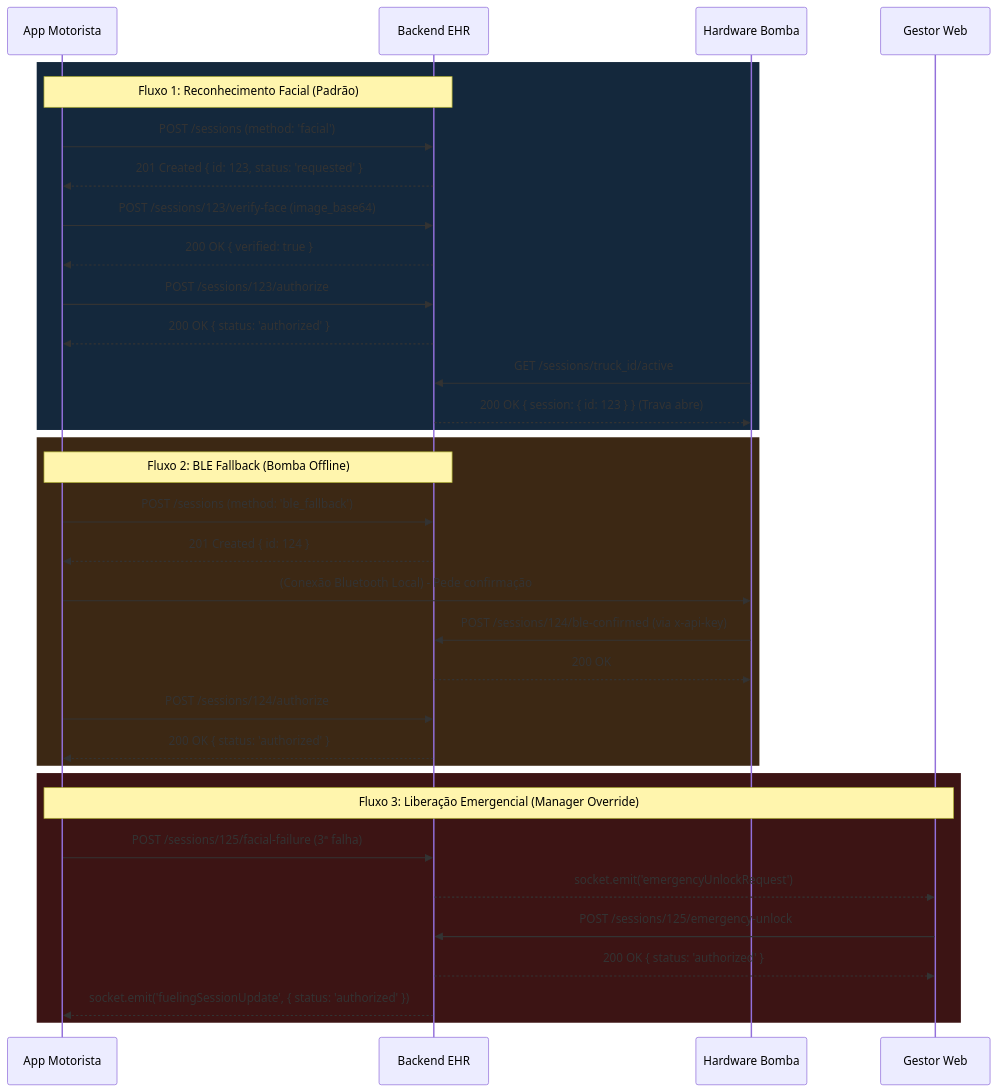
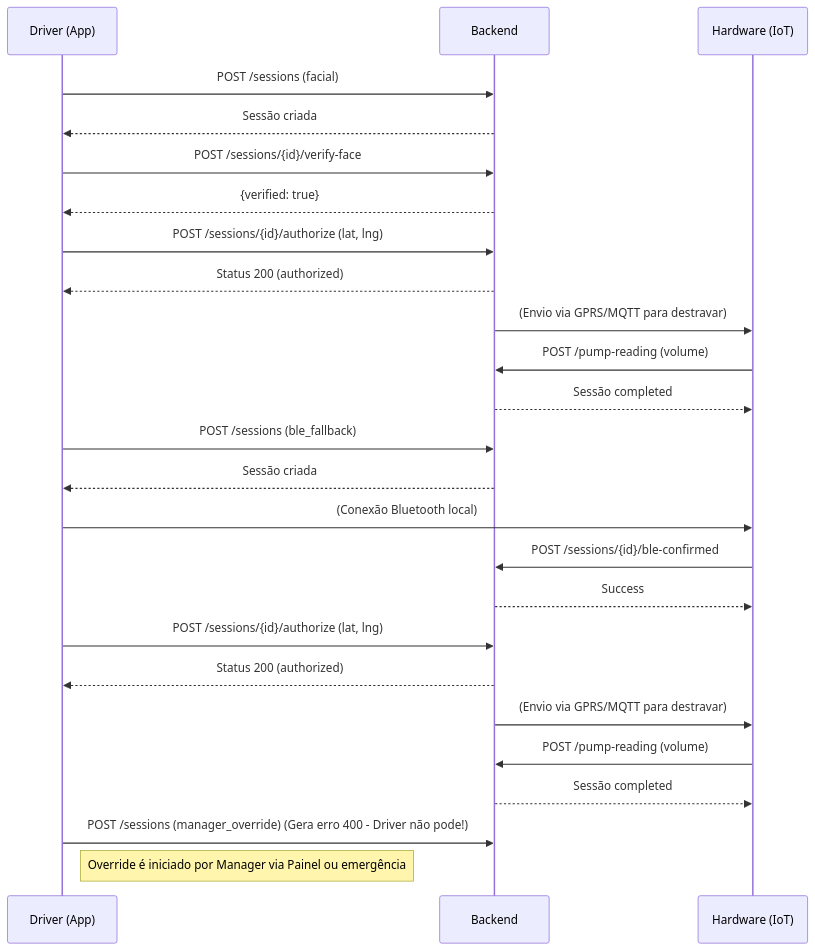
The diagram in docs/API_MOBILE.md (gustavinzx/EHRSolution---WEB), drawn with Mermaid before and after one commit. The commit also changed other lines of this file and 8 other files, not shown here.

Commit message:
fix(web): correções da rodada 3 - api docs, testes, auditor e emails

````diff
--- a/docs/API_MOBILE.md
+++ b/docs/API_MOBILE.md
@@ -31,42 +175,33 @@
 ```mermaid
 sequenceDiagram
-    participant App as App Motorista
-    participant API as Backend EHR
-    participant HW as Hardware Bomba
-    participant Painel as Gestor Web
+    participant D as Driver (App)
+    participant B as Backend
+    participant H as Hardware (IoT)
+    
+    %% Fluxo 1: Facial (Normal)
+    D->>B: POST /sessions (facial)
+    B-->>D: Sessão criada
+    D->>B: POST /sessions/{id}/verify-face
+    B-->>D: {verified: true}
+    D->>B: POST /sessions/{id}/authorize (lat, lng)
+    B-->>D: Status 200 (authorized)
+    B->>H: (Envio via GPRS/MQTT para destravar)
+    H->>B: POST /pump-reading (volume)
+    B-->>H: Sessão completed
+    
+    %% Fluxo 2: BLE Fallback
+    D->>B: POST /sessions (ble_fallback)
+    B-->>D: Sessão criada
+    D->>H: (Conexão Bluetooth local)
+    H->>B: POST /sessions/{id}/ble-confirmed
+    B-->>H: Success
+    D->>B: POST /sessions/{id}/authorize (lat, lng)
+    B-->>D: Status 200 (authorized)
+    B->>H: (Envio via GPRS/MQTT para destravar)
+    H->>B: POST /pump-reading (volume)
+    B-->>H: Sessão completed
 
-    %% Fluxo Biometria Facial
-    rect rgb(20, 40, 60)
-    Note over App, API: Fluxo 1: Reconhecimento Facial (Padrão)
-    App->>API: POST /sessions (method: 'facial')
-    API-->>App: 201 Created { id: 123, status: 'requested' }
-    App->>API: POST /sessions/123/verify-face (image_base64)
-    API-->>App: 200 OK { verified: true }
-    App->>API: POST /sessions/123/authorize
-    API-->>App: 200 OK { status: 'authorized' }
-    HW->>API: GET /sessions/truck_id/active
-    API-->>HW: 200 OK { session: { id: 123 } } (Trava abre)
-    end
-
-    %% Fluxo BLE Fallback
-    rect rgb(60, 40, 20)
-    Note over App, API: Fluxo 2: BLE Fallback (Bomba Offline)
-    App->>API: POST /sessions (method: 'ble_fallback')
-    API-->>App: 201 Created { id: 124 }
-    App->>HW: (Conexão Bluetooth Local) - Pede confirmação
-    HW->>API: POST /sessions/124/ble-confirmed (via x-api-key)
-    API-->>HW: 200 OK
-    App->>API: POST /sessions/124/authorize
-    API-->>App: 200 OK { status: 'authorized' }
-    end
-
-    %% Fluxo Override do Gestor
-    rect rgb(60, 20, 20)
-    Note over App, Painel: Fluxo 3: Liberação Emergencial (Manager Override)
-    App->>API: POST /sessions/125/facial-failure (3ª falha)
-    API-->>Painel: socket.emit('emergencyUnlockRequest')
-    Painel->>API: POST /sessions/125/emergency-unlock
-    API-->>Painel: 200 OK { status: 'authorized' }
-    API-->>App: socket.emit('fuelingSessionUpdate', { status: 'authorized' })
-    end
+    %% Fluxo 3: Manager Override
+    D->>B: POST /sessions (manager_override) (Gera erro 400 - Driver não pode!)
+    Note right of D: Override é iniciado por Manager via Painel ou emergência
 ```
````
